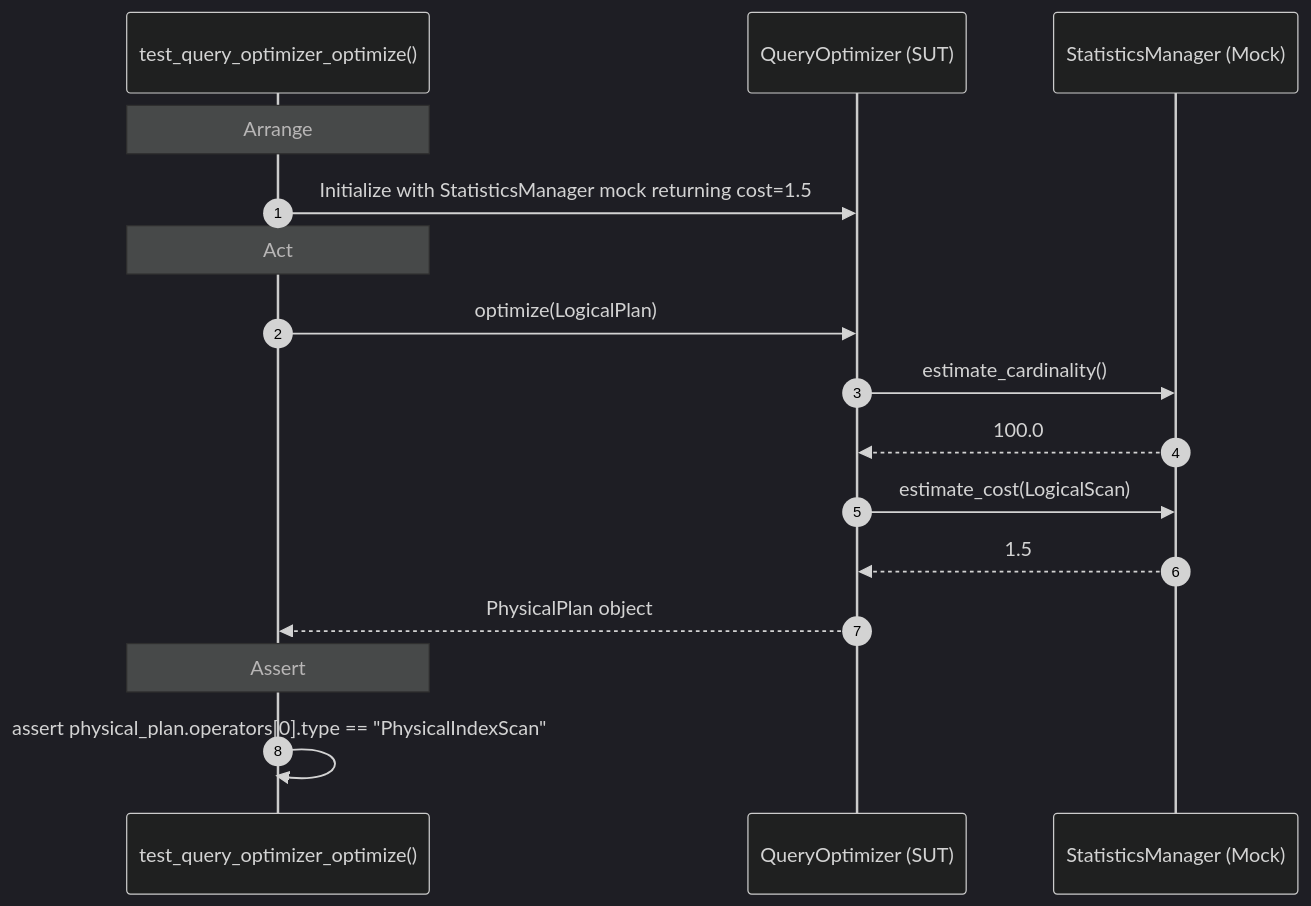
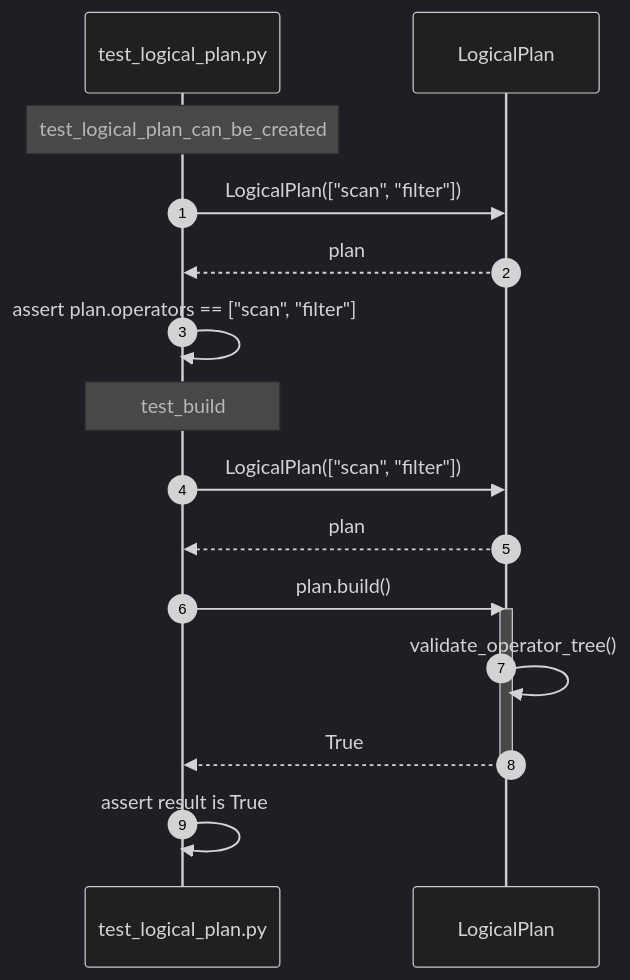
The fourth of 14 diagrams in diagrams/sequence/query_processing.md (taitran501/DBMS), drawn with Mermaid (dark theme) before and after one commit. The commit also changed other lines of this file and 5 other files, not shown here.

Commit message:
docs: udpate sequence unit test diagrams

````diff
--- a/diagrams/sequence/query_processing.md
+++ b/diagrams/sequence/query_processing.md
@@ -32,21 +173,21 @@
 ```mermaid
 sequenceDiagram
     autonumber
-    participant Test as test_query_optimizer_optimize()
-    participant Optimizer as QueryOptimizer (SUT)
-    participant Stats as StatisticsManager (Mock)
+    participant Test as test_logical_plan.py
+    participant SUT as LogicalPlan
 
-    Note over Test: Arrange
-    Test->>Optimizer: Initialize with StatisticsManager mock returning cost=1.5
+    Note over Test: test_logical_plan_can_be_created
+    Test->>SUT: LogicalPlan(["scan", "filter"])
+    SUT-->>Test: plan
+    Test->>Test: assert plan.operators == ["scan", "filter"]
 
-    Note over Test: Act
-    Test->>Optimizer: optimize(LogicalPlan)
-    Optimizer->>Stats: estimate_cardinality()
-    Stats-->>Optimizer: 100.0
-    Optimizer->>Stats: estimate_cost(LogicalScan)
-    Stats-->>Optimizer: 1.5
-    Optimizer-->>Test: PhysicalPlan object
-
-    Note over Test: Assert
-    Test->>Test: assert physical_plan.operators[0].type == "PhysicalIndexScan"
+    Note over Test: test_build
+    Test->>SUT: LogicalPlan(["scan", "filter"])
+    SUT-->>Test: plan
+    Test->>SUT: plan.build()
+    activate SUT
+    SUT->>SUT: validate_operator_tree()
+    SUT-->>Test: True
+    deactivate SUT
+    Test->>Test: assert result is True
 ```
````
